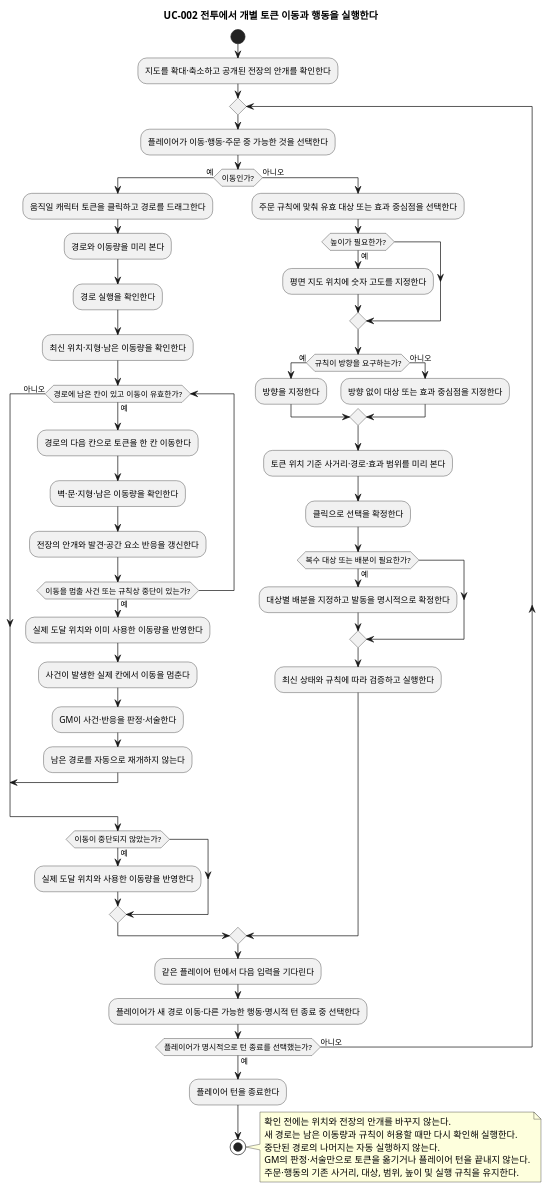
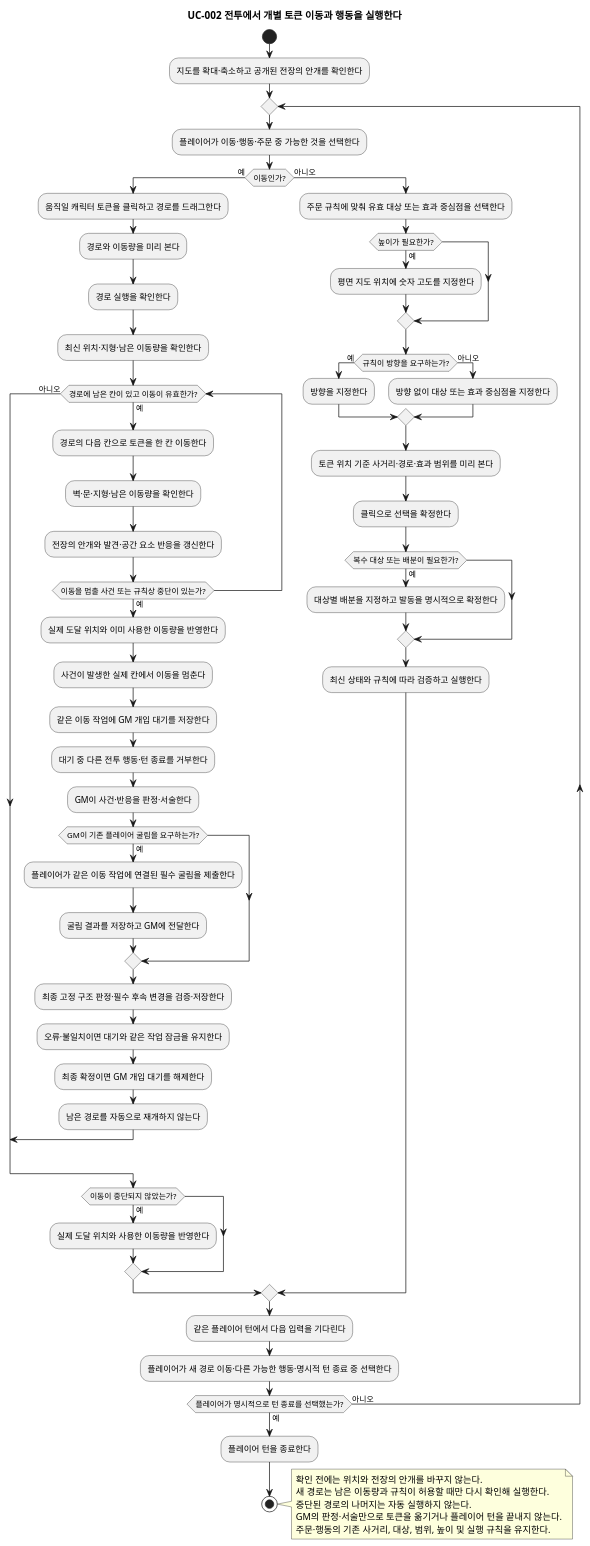
One commit to omegafrog/dnd-master changed the diagram in docs/specs/combat-movement-spell-range/diagrams/product/UC-002.activity.puml. Above: the diagram before and after it, drawn with PlantUML. The commit also changed 61 other files, not shown here.

```diff
--- a/docs/specs/combat-movement-spell-range/diagrams/product/UC-002.activity.puml
+++ b/docs/specs/combat-movement-spell-range/diagrams/product/UC-002.activity.puml
@@ -1,57 +1,66 @@
 @startuml
 title UC-002 전투에서 개별 토큰 이동과 행동을 실행한다
 ' BR-05, BR-08, BR-16, BR-18, BR-19; ST-UC-002-01~03
 start
 :지도를 확대·축소하고 공개된 전장의 안개를 확인한다;
 repeat
 :플레이어가 이동·행동·주문 중 가능한 것을 선택한다;
 if (이동인가?) then (예)
   :움직일 캐릭터 토큰을 클릭하고 경로를 드래그한다;
   :경로와 이동량을 미리 본다;
   :경로 실행을 확인한다;
   :최신 위치·지형·남은 이동량을 확인한다;
   while (경로에 남은 칸이 있고 이동이 유효한가?) is (예)
     :경로의 다음 칸으로 토큰을 한 칸 이동한다;
     :벽·문·지형·남은 이동량을 확인한다;
     :전장의 안개와 발견·공간 요소 반응을 갱신한다;
     if (이동을 멈출 사건 또는 규칙상 중단이 있는가?) then (예)
       :실제 도달 위치와 이미 사용한 이동량을 반영한다;
       :사건이 발생한 실제 칸에서 이동을 멈춘다;
+      :같은 이동 작업에 GM 개입 대기를 저장한다;
+      :대기 중 다른 전투 행동·턴 종료를 거부한다;
       :GM이 사건·반응을 판정·서술한다;
+      if (GM이 기존 플레이어 굴림을 요구하는가?) then (예)
+        :플레이어가 같은 이동 작업에 연결된 필수 굴림을 제출한다;
+        :굴림 결과를 저장하고 GM에 전달한다;
+      endif
+      :최종 고정 구조 판정·필수 후속 변경을 검증·저장한다;
+      :오류·불일치이면 대기와 같은 작업 잠금을 유지한다;
+      :최종 확정이면 GM 개입 대기를 해제한다;
       :남은 경로를 자동으로 재개하지 않는다;
       break
     endif
   endwhile (아니오)
   if (이동이 중단되지 않았는가?) then (예)
     :실제 도달 위치와 사용한 이동량을 반영한다;
   endif
 else (아니오)
   :주문 규칙에 맞춰 유효 대상 또는 효과 중심점을 선택한다;
   if (높이가 필요한가?) then (예)
     :평면 지도 위치에 숫자 고도를 지정한다;
   endif
   if (규칙이 방향을 요구하는가?) then (예)
     :방향을 지정한다;
   else (아니오)
     :방향 없이 대상 또는 효과 중심점을 지정한다;
   endif
   :토큰 위치 기준 사거리·경로·효과 범위를 미리 본다;
   :클릭으로 선택을 확정한다;
   if (복수 대상 또는 배분이 필요한가?) then (예)
     :대상별 배분을 지정하고 발동을 명시적으로 확정한다;
   endif
   :최신 상태와 규칙에 따라 검증하고 실행한다;
 endif
 :같은 플레이어 턴에서 다음 입력을 기다린다;
 :플레이어가 새 경로 이동·다른 가능한 행동·명시적 턴 종료 중 선택한다;
 repeat while (플레이어가 명시적으로 턴 종료를 선택했는가?) is (아니오) not (예)
 :플레이어 턴을 종료한다;
 stop
 note right
   확인 전에는 위치와 전장의 안개를 바꾸지 않는다.
   새 경로는 남은 이동량과 규칙이 허용할 때만 다시 확인해 실행한다.
   중단된 경로의 나머지는 자동 실행하지 않는다.
   GM의 판정·서술만으로 토큰을 옮기거나 플레이어 턴을 끝내지 않는다.
   주문·행동의 기존 사거리, 대상, 범위, 높이 및 실행 규칙을 유지한다.
 end note
 @enduml
```
